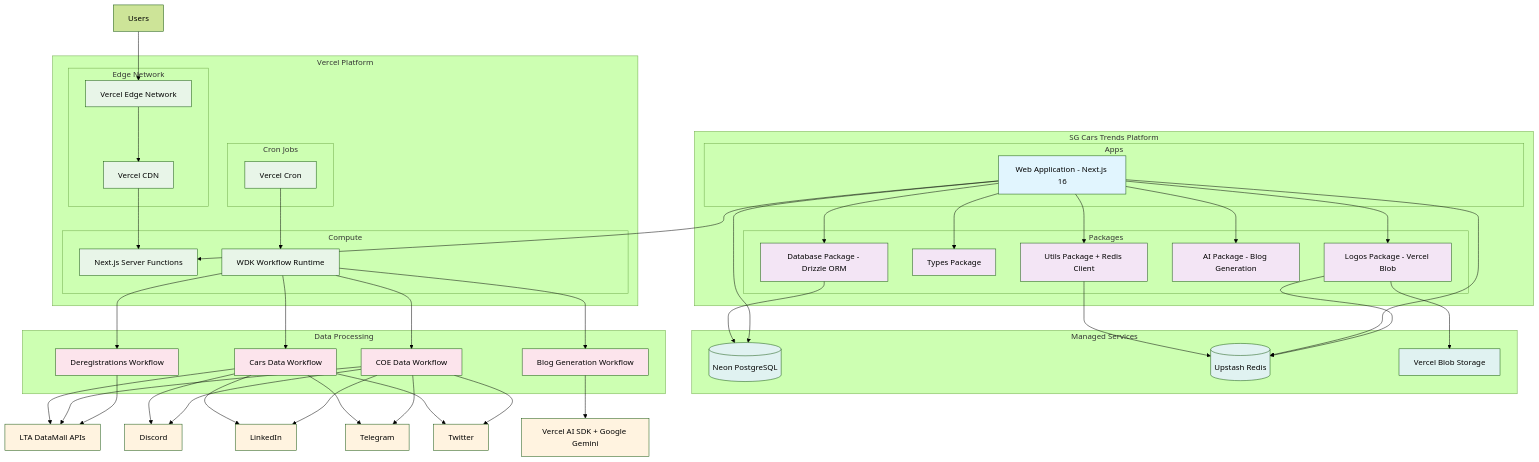
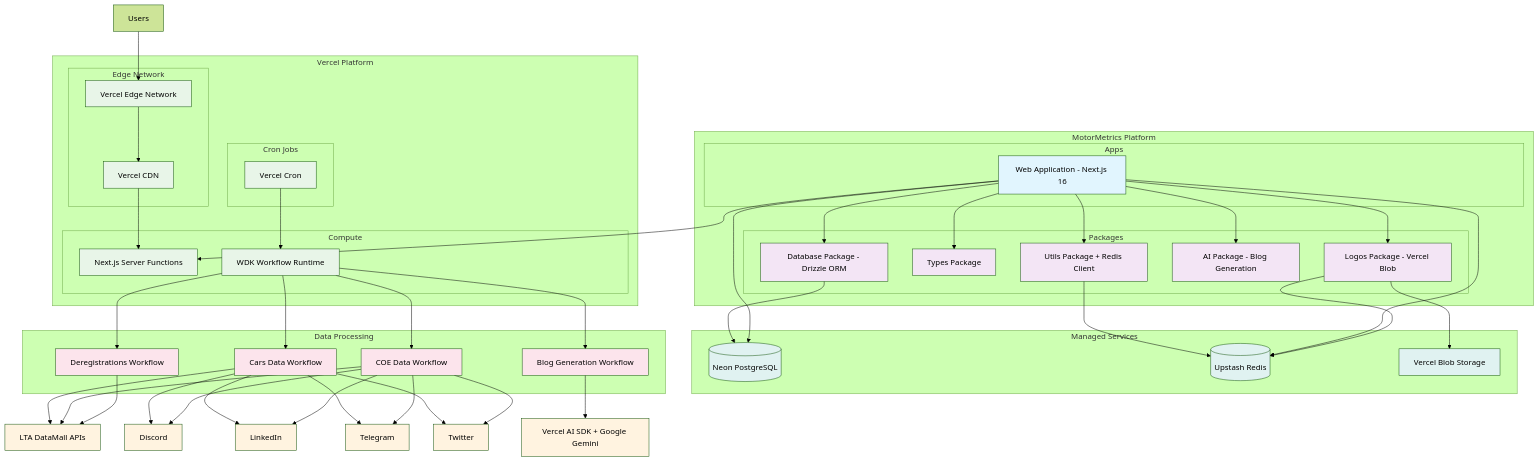
Before and after one commit to sgcarstrends/sgcarstrends: the diagram in docs/diagrams/system.mmd, drawn with Mermaid (forest theme). The commit also changed 316 other files, not shown here.

First line of the commit message:
feat!: rebrand from SG Cars Trends to MotorMetrics

```diff
--- a/docs/diagrams/system.mmd
+++ b/docs/diagrams/system.mmd
@@ -1,121 +1,121 @@
 graph TB
     %% External Services
     LTA[LTA DataMall APIs]
 
     %% AI Services
     Gemini[Vercel AI SDK + Google Gemini]
 
     %% Social Media Platforms
     Discord[Discord]
     LinkedIn[LinkedIn]
     Telegram[Telegram]
     Twitter[Twitter]
 
     %% Infrastructure Layer
     subgraph "Vercel Platform"
         subgraph "Compute"
             WebFunctions[Next.js Server Functions]
             WDKRuntime[WDK Workflow Runtime]
         end
 
         subgraph "Edge Network"
             VercelEdge[Vercel Edge Network]
             VercelCDN[Vercel CDN]
         end
 
         subgraph "Cron Jobs"
             CronScheduler[Vercel Cron]
         end
     end
 
     %% External Storage
     subgraph "Managed Services"
         Neon[(Neon PostgreSQL)]
         Upstash[(Upstash Redis)]
         Blob[Vercel Blob Storage]
     end
 
     %% Application Layer
-    subgraph "SG Cars Trends Platform"
+    subgraph "MotorMetrics Platform"
         subgraph "Apps"
             Web[Web Application - Next.js 16]
         end
 
         subgraph "Packages"
             Database[Database Package - Drizzle ORM]
             Types[Types Package]
             Utils[Utils Package + Redis Client]
             AI[AI Package - Blog Generation]
             Logos[Logos Package - Vercel Blob]
         end
     end
 
     %% Workflow System
     subgraph "Data Processing"
         CarsWorkflow[Cars Data Workflow]
         COEWorkflow[COE Data Workflow]
         DeregWorkflow[Deregistrations Workflow]
         BlogWorkflow[Blog Generation Workflow]
     end
 
     %% Connections
     %% User to Infrastructure
     Users[Users] --> VercelEdge
     VercelEdge --> VercelCDN
     VercelCDN --> WebFunctions
 
     %% Application to Infrastructure
     Web --> WebFunctions
 
     %% Package dependencies
     Web --> Database
     Web --> Types
     Web --> Utils
     Web --> AI
     Web --> Logos
 
     %% Database connections
     Database --> Neon
     Utils --> Upstash
     Web --> Neon
     Web --> Upstash
     Logos --> Blob
     Logos --> Upstash
 
     %% Workflow connections
     CronScheduler --> WDKRuntime
     WDKRuntime --> CarsWorkflow
     WDKRuntime --> COEWorkflow
     WDKRuntime --> DeregWorkflow
     WDKRuntime --> BlogWorkflow
 
     %% External API connections
     CarsWorkflow --> LTA
     COEWorkflow --> LTA
     DeregWorkflow --> LTA
     BlogWorkflow --> Gemini
 
     %% Social media connections
     CarsWorkflow --> Discord
     CarsWorkflow --> LinkedIn
     CarsWorkflow --> Telegram
     CarsWorkflow --> Twitter
     COEWorkflow --> Discord
     COEWorkflow --> LinkedIn
     COEWorkflow --> Telegram
     COEWorkflow --> Twitter
 
     %% Styling
     classDef app fill:#e1f5fe
     classDef package fill:#f3e5f5
     classDef infrastructure fill:#e8f5e8
     classDef external fill:#fff3e0
     classDef workflow fill:#fce4ec
     classDef storage fill:#e0f2f1
 
     class Web app
     class Database,Types,Utils,AI,Logos package
     class WebFunctions,WDKRuntime,VercelEdge,VercelCDN,CronScheduler infrastructure
     class LTA,Gemini,Discord,LinkedIn,Telegram,Twitter external
     class CarsWorkflow,COEWorkflow,DeregWorkflow,BlogWorkflow workflow
     class Neon,Upstash,Blob storage
```
